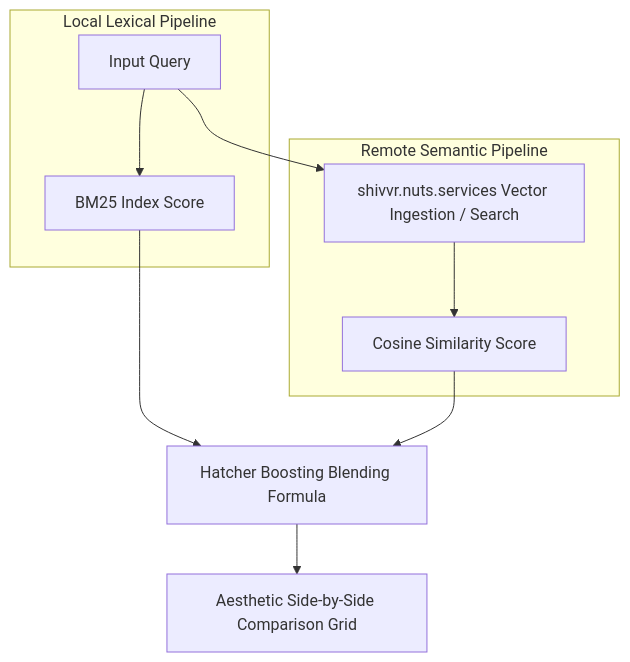
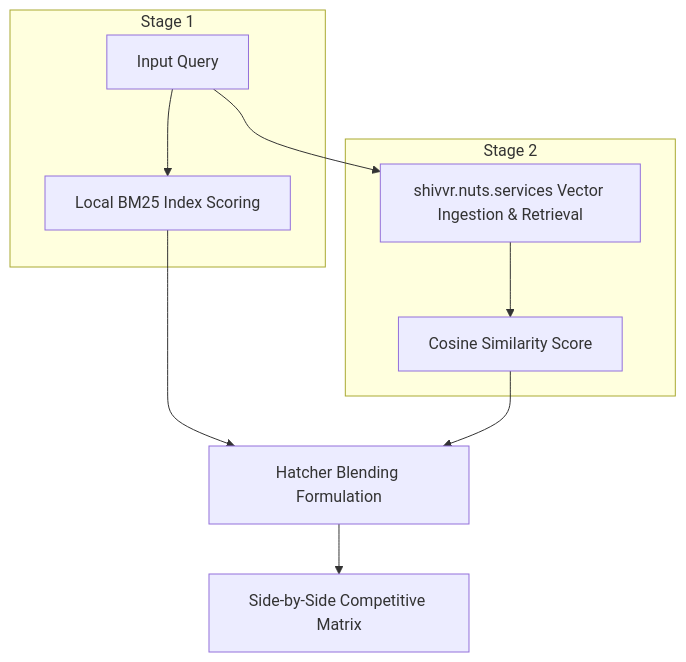
The second of 2 diagrams in README.md (jsclosures/rust-fstguardrails), drawn with Mermaid before and after one commit. The commit also changed other lines of this file, not shown here.

````diff
--- a/README.md
+++ b/README.md
@@ -225,15 +108,15 @@
 ```mermaid
 flowchart TD
-    subgraph Local Lexical Pipeline
-        Q[Input Query] --> BM25[BM25 Index Score]
+    subgraph LOCAL LEXICAL [Stage 1]
+        Q[Input Query] --> BM25[Local BM25 Index Scoring]
     end
 
-    subgraph Remote Semantic Pipeline
-        Q --> Shivvr[shivvr.nuts.services Vector Ingestion / Search]
+    subgraph NEURAL SEMANTIC [Stage 2]
+        Q --> Shivvr[shivvr.nuts.services Vector Ingestion & Retrieval]
         Shivvr --> Sim[Cosine Similarity Score]
     end
 
-    BM25 --> Blend[Hatcher Boosting Blending Formula]
+    BM25 --> Blend[Hatcher Blending Formulation]
     Sim --> Blend
-    Blend --> Output[Aesthetic Side-by-Side Comparison Grid]
+    Blend --> Output[Side-by-Side Competitive Matrix]
 ```
````
